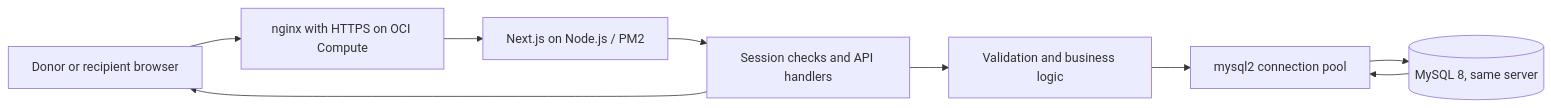
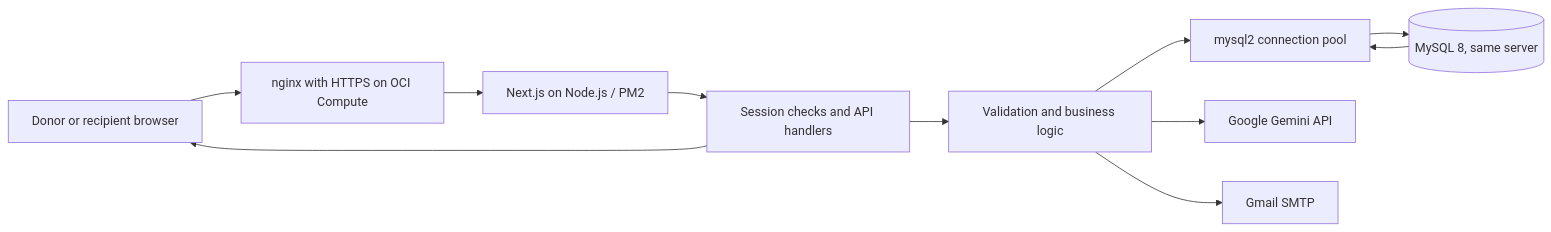
One commit to brenthippler-art/FeedForward changed the diagram in README.md. Above: the diagram before and after it, drawn with Mermaid. The commit also changed other lines of this file, not shown here.

````diff
--- a/README.md
+++ b/README.md
@@ -84,11 +95,13 @@
 ```mermaid
 flowchart LR
     Browser[Donor or recipient browser] --> Nginx[nginx with HTTPS on OCI Compute]
     Nginx --> App[Next.js on Node.js / PM2]
     App --> API[Session checks and API handlers]
     API --> Rules[Validation and business logic]
     Rules --> Pool[mysql2 connection pool]
     Pool --> DB[(MySQL 8, same server)]
+    Rules --> Gemini[Google Gemini API]
+    Rules --> Mail[Gmail SMTP]
     DB --> Pool
     API --> Browser
 ```
````
